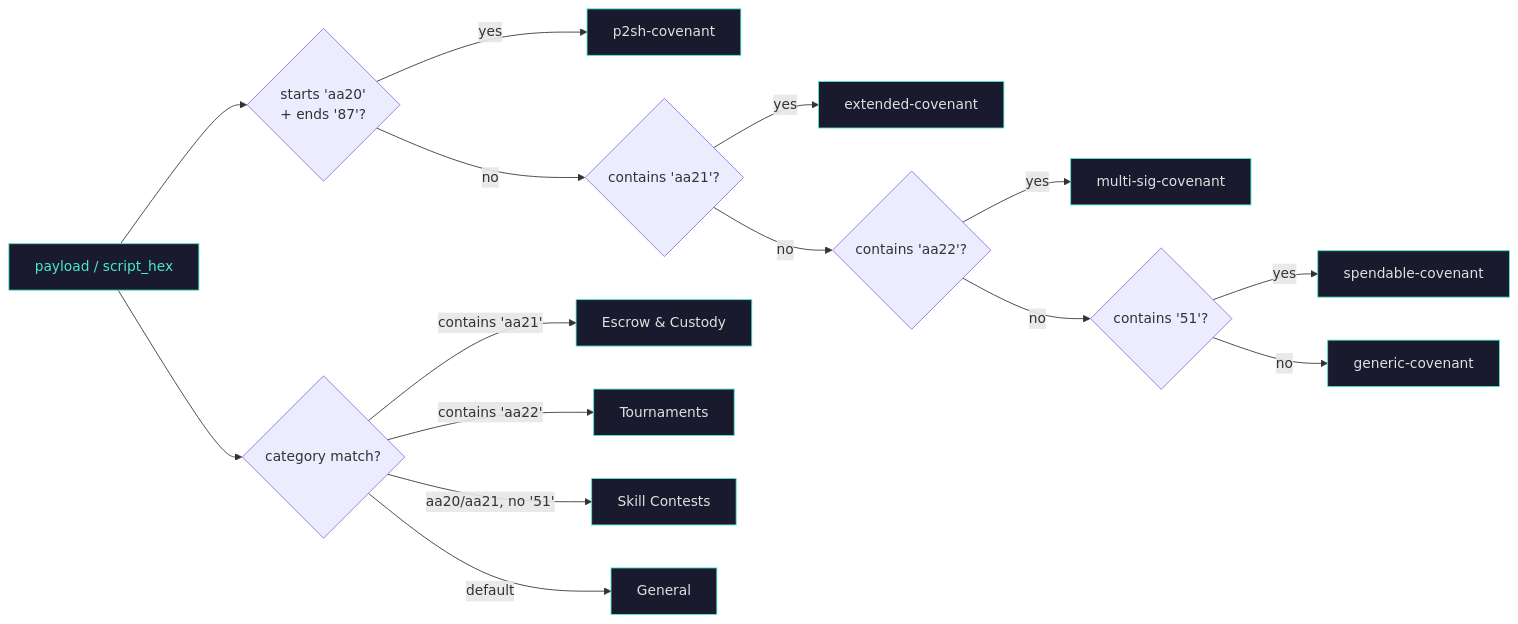
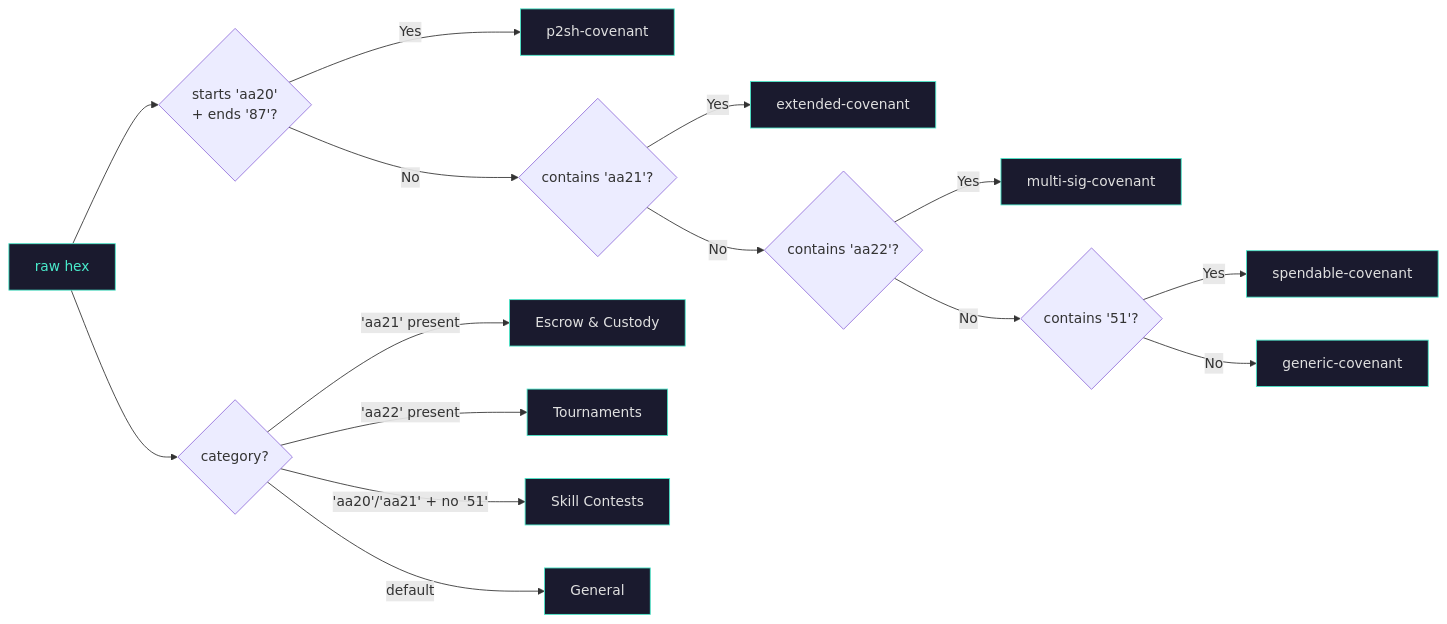
Before and after one commit to THTProtocol/Covex27: the second of 2 diagrams in README.md, drawn with Mermaid. The commit also changed other lines of this file, not shown here.

````diff
--- a/README.md
+++ b/README.md
@@ -109,29 +117,29 @@
 ```mermaid
 graph LR
-    Hex["payload / script_hex"] --> P1{"starts 'aa20'<br>+ ends '87'?"}
-    P1 -->|yes| P2SH["p2sh-covenant"]
-    P1 -->|no| P2{"contains 'aa21'?"}
-    P2 -->|yes| Extended["extended-covenant"]
-    P2 -->|no| P3{"contains 'aa22'?"}
-    P3 -->|yes| MultiSig["multi-sig-covenant"]
-    P3 -->|no| P4{"contains '51'?"}
-    P4 -->|yes| Spendable["spendable-covenant"]
-    P4 -->|no| Generic["generic-covenant"]
+    Hex["raw hex"] --> P1{"starts 'aa20'<br>+ ends '87'?"}
+    P1 -->|Yes| P2SH["p2sh-covenant"]
+    P1 -->|No| P2{"contains 'aa21'?"}
+    P2 -->|Yes| Extended["extended-covenant"]
+    P2 -->|No| P3{"contains 'aa22'?"}
+    P3 -->|Yes| MultiSig["multi-sig-covenant"]
+    P3 -->|No| P4{"contains '51'?"}
+    P4 -->|Yes| Spendable["spendable-covenant"]
+    P4 -->|No| Generic["generic-covenant"]
 
-    Hex --> Cat{"category match?"}
-    Cat -->|"contains 'aa21'"| Escrow["Escrow & Custody"]
-    Cat -->|"contains 'aa22'"| Tournament["Tournaments"]
-    Cat -->|"aa20/aa21, no '51'"| Skill["Skill Contests"]
+    Hex --> Cat{"category?"}
+    Cat -->|"'aa21' present"| Escrow["Escrow & Custody"]
+    Cat -->|"'aa22' present"| Tournament["Tournaments"]
+    Cat -->|"'aa20'/'aa21' + no '51'"| Skill["Skill Contests"]
     Cat -->|default| General["General"]
 
     style Hex fill:#1A1A2E,stroke:#49EACB,color:#49EACB
     style P2SH fill:#1A1A2E,stroke:#49EACB,color:#E0E0E0
     style Extended fill:#1A1A2E,stroke:#49EACB,color:#E0E0E0
     style MultiSig fill:#1A1A2E,stroke:#49EACB,color:#E0E0E0
     style Spendable fill:#1A1A2E,stroke:#49EACB,color:#E0E0E0
     style Generic fill:#1A1A2E,stroke:#49EACB,color:#E0E0E0
     style Escrow fill:#1A1A2E,stroke:#49EACB,color:#E0E0E0
     style Tournament fill:#1A1A2E,stroke:#49EACB,color:#E0E0E0
     style Skill fill:#1A1A2E,stroke:#49EACB,color:#E0E0E0
     style General fill:#1A1A2E,stroke:#49EACB,color:#E0E0E0
 ```
````
